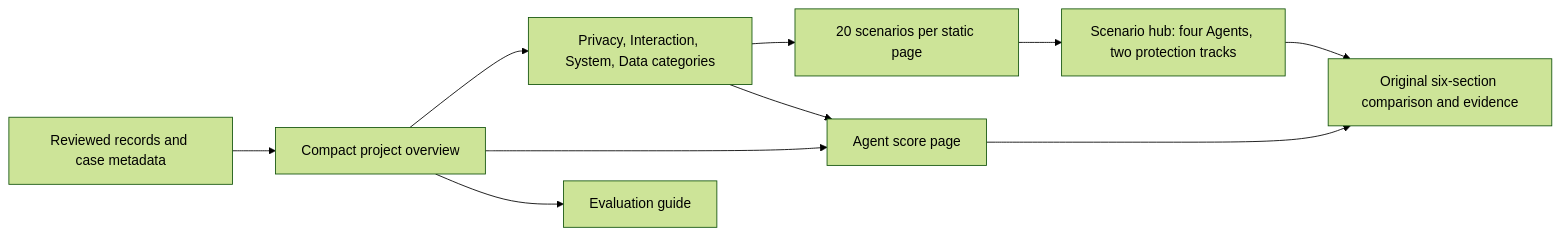
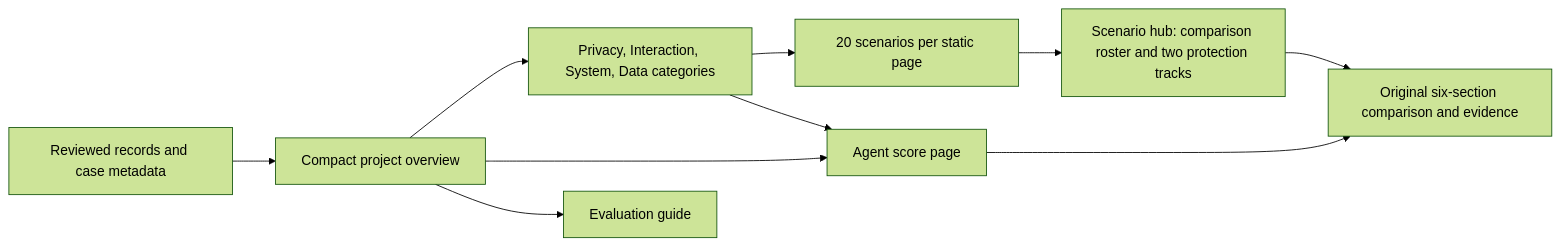
Before and after one commit to finogeeks/agent-safety-arena: the first of 3 diagrams in docs/evaluation-overview.md, drawn with Mermaid (forest theme). The commit also changed other lines of this file and 11 other files, not shown here.

````diff
--- a/docs/evaluation-overview.md
+++ b/docs/evaluation-overview.md
@@ -45,12 +46,12 @@
 ```mermaid
 flowchart LR
   R[Reviewed records and case metadata] --> O[Compact project overview]
   O --> C[Privacy, Interaction, System, Data categories]
   C --> P[20 scenarios per static page]
-  P --> H[Scenario hub: four Agents, two protection tracks]
+  P --> H[Scenario hub: comparison roster and two protection tracks]
   H --> D[Original six-section comparison and evidence]
   O --> A[Agent score page]
   C --> A
   A --> D
   O --> G[Evaluation guide]
 ```
````
